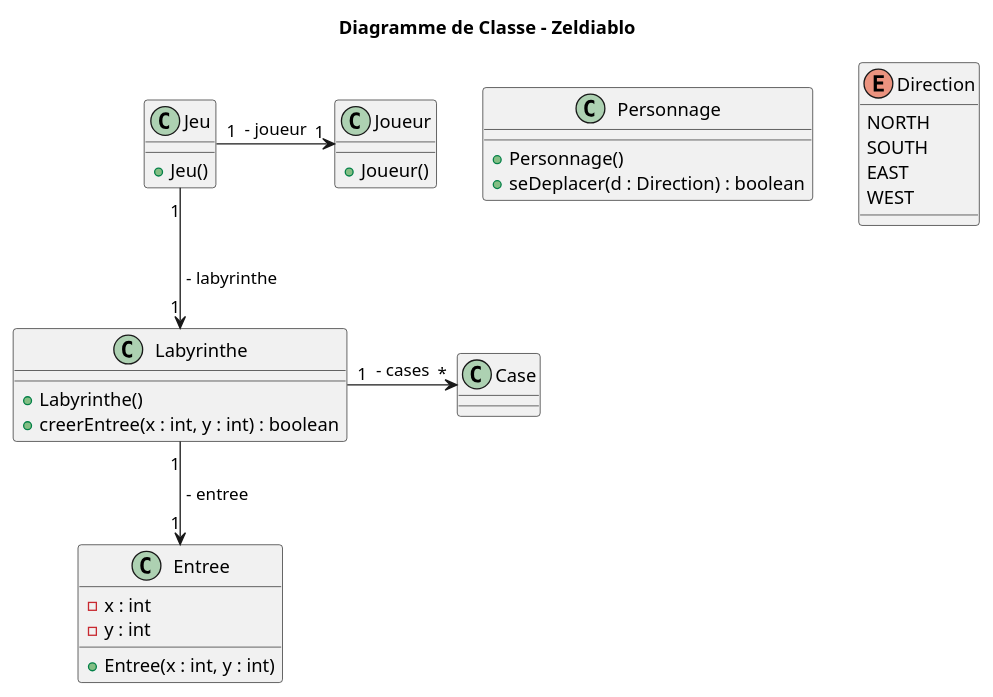
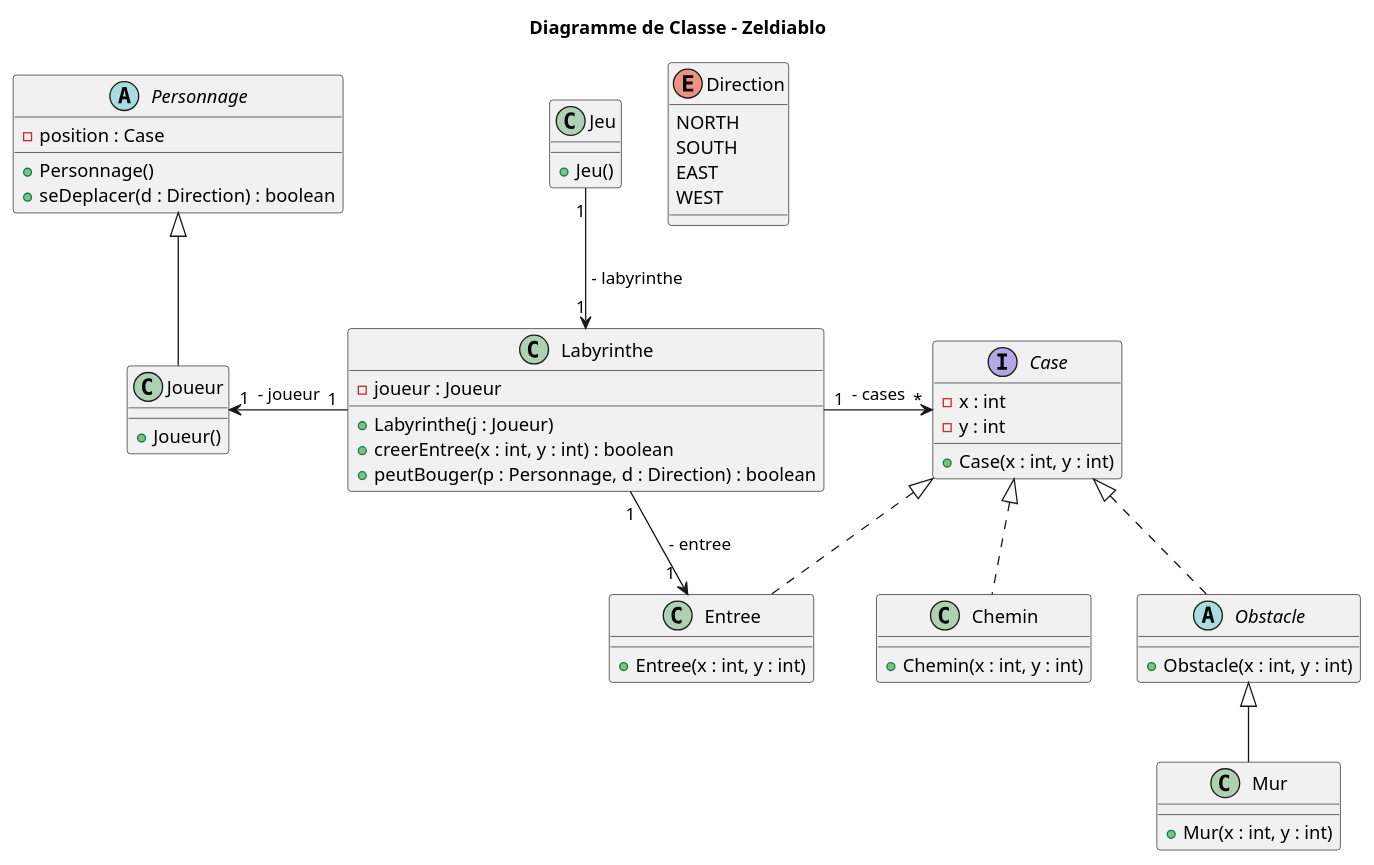
The diagram in documents/version_1/diagrammes/classe/diagClasse.puml (arnoux23u-IUTNC/2021_COO_Zeldiablo), drawn with PlantUML before and after one commit. The commit also changed 3 other files, not shown here.

Commit message:
Changements et ajouts fonctionnalitees_v1.txt Modify diagrams

```diff
--- a/documents/version_1/diagrammes/classe/diagClasse.puml
+++ b/documents/version_1/diagrammes/classe/diagClasse.puml
@@ -1,44 +1,61 @@
 @startuml
 
 title Diagramme de Classe - Zeldiablo
 
 class Jeu{
     + Jeu()
 }
 
-class Personnage{
+abstract class Personnage{
+    - position : Case
     + Personnage()
     + seDeplacer(d : Direction) : boolean
 }
 
 class Labyrinthe{
-    + Labyrinthe()
+    - joueur : Joueur
+    + Labyrinthe(j : Joueur)
     + creerEntree(x : int, y : int) : boolean
+    + peutBouger(p : Personnage, d : Direction) : boolean
 }
 
-class Case{
+interface Case{
+    - x : int
+    - y : int
+    + Case(x : int, y : int)
 }
 
-class Entree{
-    - x : int
-    - y : int
+class Chemin implements Case{
+    + Chemin(x : int, y : int)
+}
+
+abstract class Obstacle implements Case{
+    + Obstacle(x : int, y : int)
+}
+
+class Mur extends Obstacle{
+    + Mur(x : int, y : int)
+}
+
+class Entree implements Case{
+
     + Entree(x : int, y : int)
 }
 
-class Joueur{
+class Joueur extends Personnage{
     + Joueur()
 }
 
 enum Direction{
     NORTH
     SOUTH
     EAST
     WEST
 }
 
 Jeu "1" -down-> "1" Labyrinthe: " - labyrinthe"
-Labyrinthe "1" -down-> "1" Entree: " - entree "
+Labyrinthe "1" -down-> "                1" Entree: " - entree "
 Labyrinthe "1" -right-> "*" Case: " - cases "
-Jeu "1" -right-> "1" Joueur: " - joueur "
+Labyrinthe "1" -left-> "1" Joueur: " - joueur "
 
 @enduml
```
